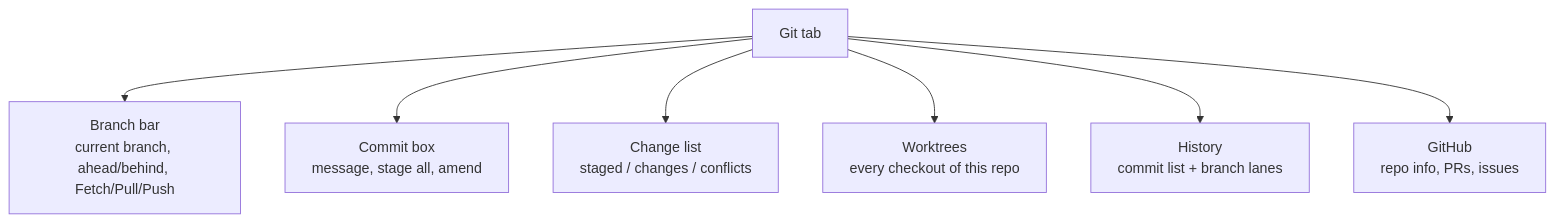
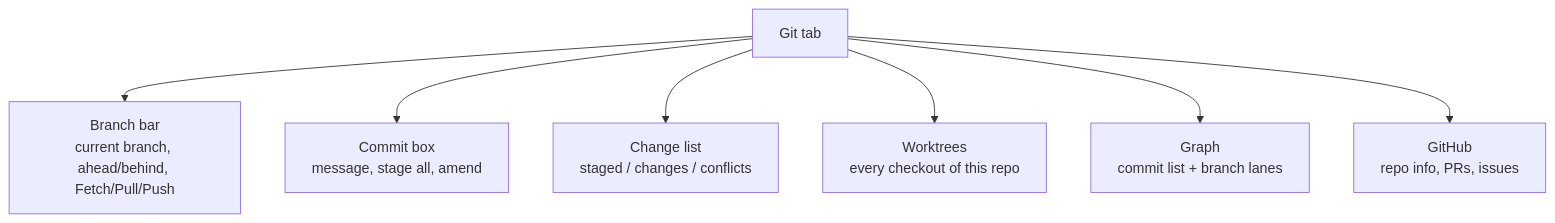
The second of 5 diagrams in README.en.md (ET921/dsh-git-management), drawn with Mermaid before and after one commit. The commit also changed other lines of this file and 12 other files, not shown here.

First line of the commit message:
feat/graph-collaboration : 顯示同事分支並修好按鈕字色

````diff
--- a/README.en.md
+++ b/README.en.md
@@ -53,9 +53,9 @@
 ```mermaid
 flowchart TB
   P["Git tab"] --> A["Branch bar<br/>current branch, ahead/behind, Fetch/Pull/Push"]
   P --> B["Commit box<br/>message, stage all, amend"]
   P --> C["Change list<br/>staged / changes / conflicts"]
   P --> D["Worktrees<br/>every checkout of this repo"]
-  P --> E["History<br/>commit list + branch lanes"]
+  P --> E["Graph<br/>commit list + branch lanes"]
   P --> F["GitHub<br/>repo info, PRs, issues"]
 ```
````
